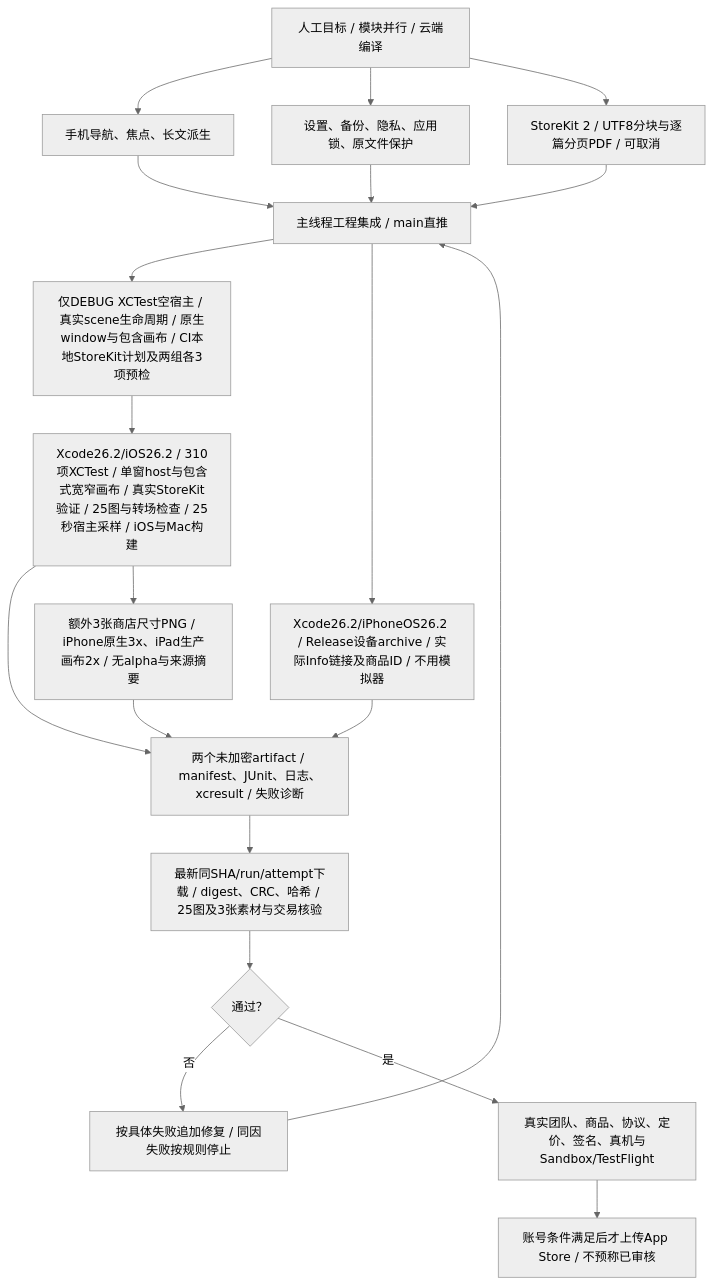
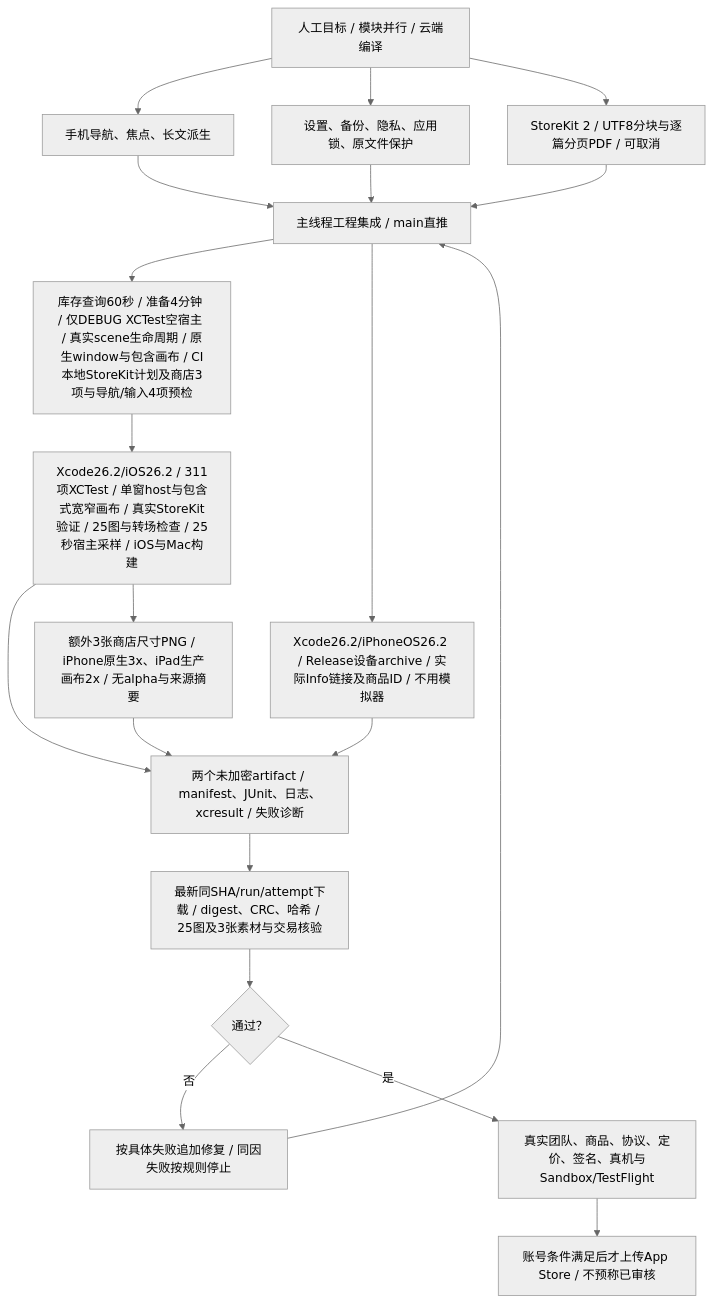
The fourth of 4 diagrams in md/flow/flowchart.md (Altman-sam114/117), drawn with Mermaid (neutral theme) before and after one commit. The commit also changed other lines of this file and 10 other files, not shown here.

````diff
--- a/md/flow/flowchart.md
+++ b/md/flow/flowchart.md
@@ -71,22 +71,22 @@
 ```mermaid
 flowchart TD
   User["人工目标 / 模块并行 / 云端编译"] --> Mobile["手机导航、焦点、长文派生"]
   User --> Safety["设置、备份、隐私、应用锁、原文件保护"]
   User --> Pro["StoreKit 2 / UTF8分块与逐篇分页PDF / 可取消"]
   Mobile --> Integrate["主线程工程集成 / main直推"]
   Safety --> Integrate
   Pro --> Integrate
-  Integrate --> TestHost["仅DEBUG XCTest空宿主 / 真实scene生命周期 / 原生window与包含画布 / CI本地StoreKit计划及两组各3项预检"]
-  TestHost --> Regression["Xcode26.2/iOS26.2 / 310项XCTest / 单窗host与包含式宽窄画布 / 真实StoreKit验证 / 25图与转场检查 / 25秒宿主采样 / iOS与Mac构建"]
+  Integrate --> TestHost["库存查询60秒 / 准备4分钟 / 仅DEBUG XCTest空宿主 / 真实scene生命周期 / 原生window与包含画布 / CI本地StoreKit计划及商店3项与导航/输入4项预检"]
+  TestHost --> Regression["Xcode26.2/iOS26.2 / 311项XCTest / 单窗host与包含式宽窄画布 / 真实StoreKit验证 / 25图与转场检查 / 25秒宿主采样 / iOS与Mac构建"]
   Integrate --> Archive["Xcode26.2/iPhoneOS26.2 / Release设备archive / 实际Info链接及商品ID / 不用模拟器"]
   Regression --> Results["两个未加密artifact / manifest、JUnit、日志、xcresult / 失败诊断"]
   Archive --> Results
   Regression --> StoreImages["额外3张商店尺寸PNG / iPhone原生3x、iPad生产画布2x / 无alpha与来源摘要"]
   StoreImages --> Results
   Results --> Review["最新同SHA/run/attempt下载 / digest、CRC、哈希 / 25图及3张素材与交易核验"]
   Review --> Gate{"通过？"}
   Gate -- "否" --> Fix["按具体失败追加修复 / 同因失败按规则停止"]
   Fix --> Integrate
   Gate -- "是" --> Account["真实团队、商品、协议、定价、签名、真机与Sandbox/TestFlight"]
   Account --> Upload["账号条件满足后才上传App Store / 不预称已审核"]
 ```
````
